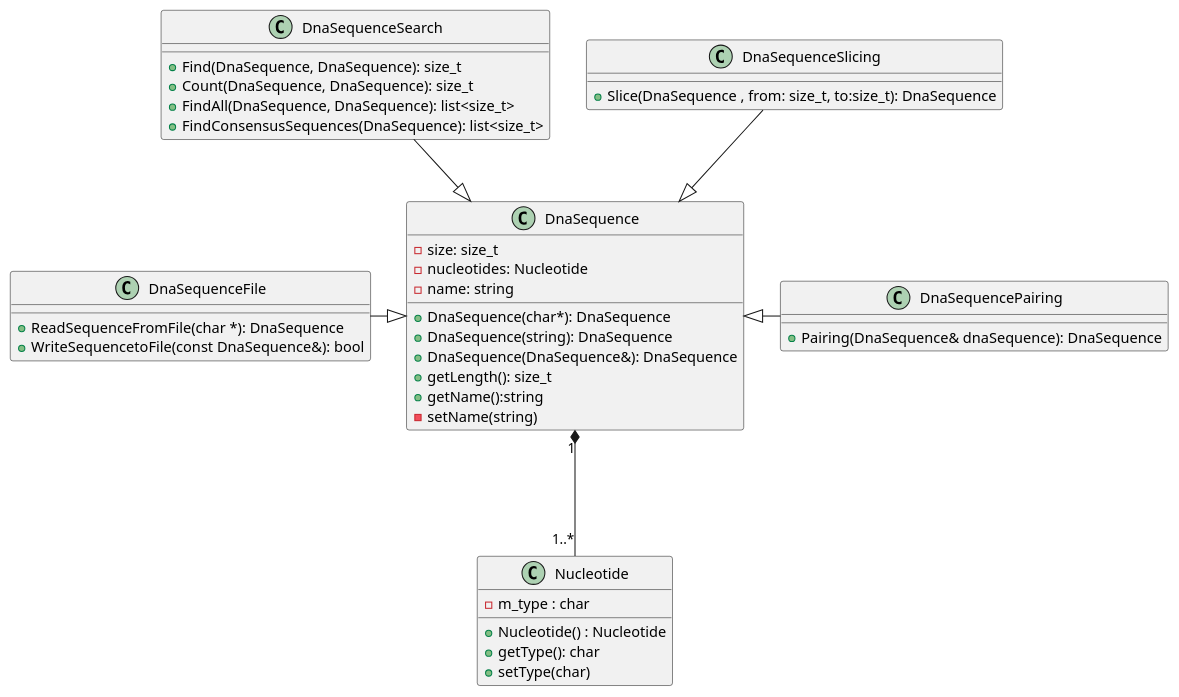
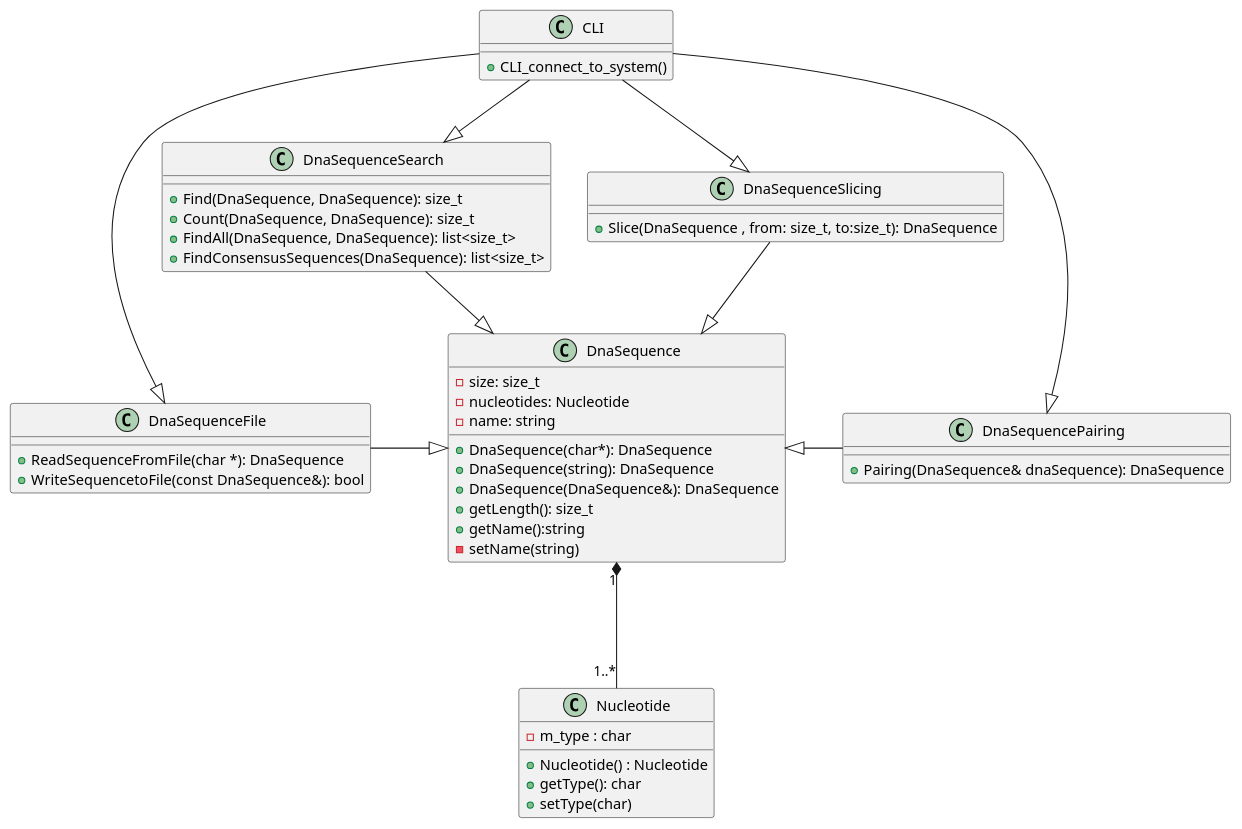
Before and after one commit to m7mood1996/dna-analyzer-project: the first of 3 diagrams in README.md, drawn with PlantUML. The commit also changed other lines of this file, not shown here.

Commit message:
add diagram in RReadme

````diff
--- a/README.md
+++ b/README.md
@@ -6,56 +6,66 @@
 ```plantuml
 
 class DnaSequence{
     -size: size_t 
     -nucleotides: Nucleotide
     -name: string
     +DnaSequence(char*): DnaSequence
     +DnaSequence(string): DnaSequence
     +DnaSequence(DnaSequence&): DnaSequence
     +getLength(): size_t
     +getName():string
     -setName(string)
 
 }
 
 class Nucleotide {
     -m_type : char 
     +Nucleotide() : Nucleotide
     +getType(): char
     +setType(char) 
 
 }
 DnaSequence "1"*---"1..*" Nucleotide
 DnaSequenceFile -right-|> DnaSequence
 DnaSequencePairing -left-|> DnaSequence
 DnaSequenceSearch --|> DnaSequence
 DnaSequenceSlicing --|> DnaSequence
 
 
 class DnaSequenceFile {
     +ReadSequenceFromFile(char *): DnaSequence
     +WriteSequencetoFile(const DnaSequence&): bool
 }
 
 class DnaSequencePairing {
 
     +Pairing(DnaSequence& dnaSequence): DnaSequence 
 
 }
 
 class DnaSequenceSearch {
 
     +Find(DnaSequence, DnaSequence): size_t
     +Count(DnaSequence, DnaSequence): size_t
     +FindAll(DnaSequence, DnaSequence): list<size_t>
     +FindConsensusSequences(DnaSequence): list<size_t> 
 
 }
 
 class DnaSequenceSlicing {
 
     +Slice(DnaSequence , from: size_t, to:size_t): DnaSequence
 
 }
 
+class CLI{
+        + CLI_connect_to_system()
+
+}
+
+CLI --|> DnaSequenceFile 
+CLI --|> DnaSequencePairing 
+CLI --|> DnaSequenceSearch 
+CLI --|> DnaSequenceSlicing 
+
 ```
````
